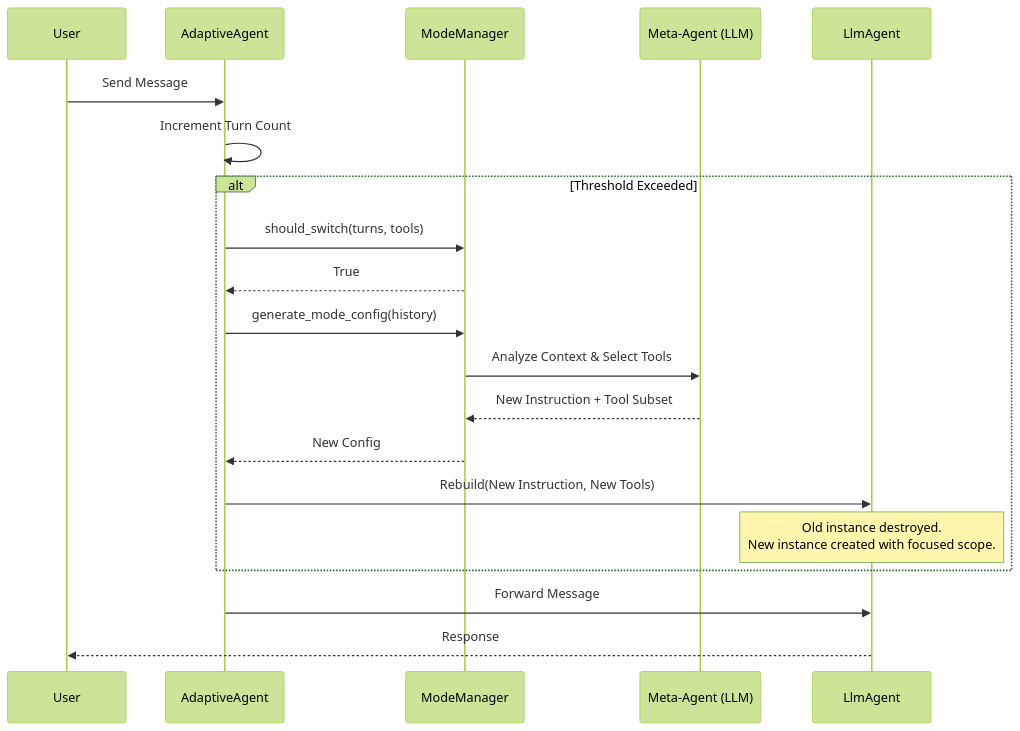
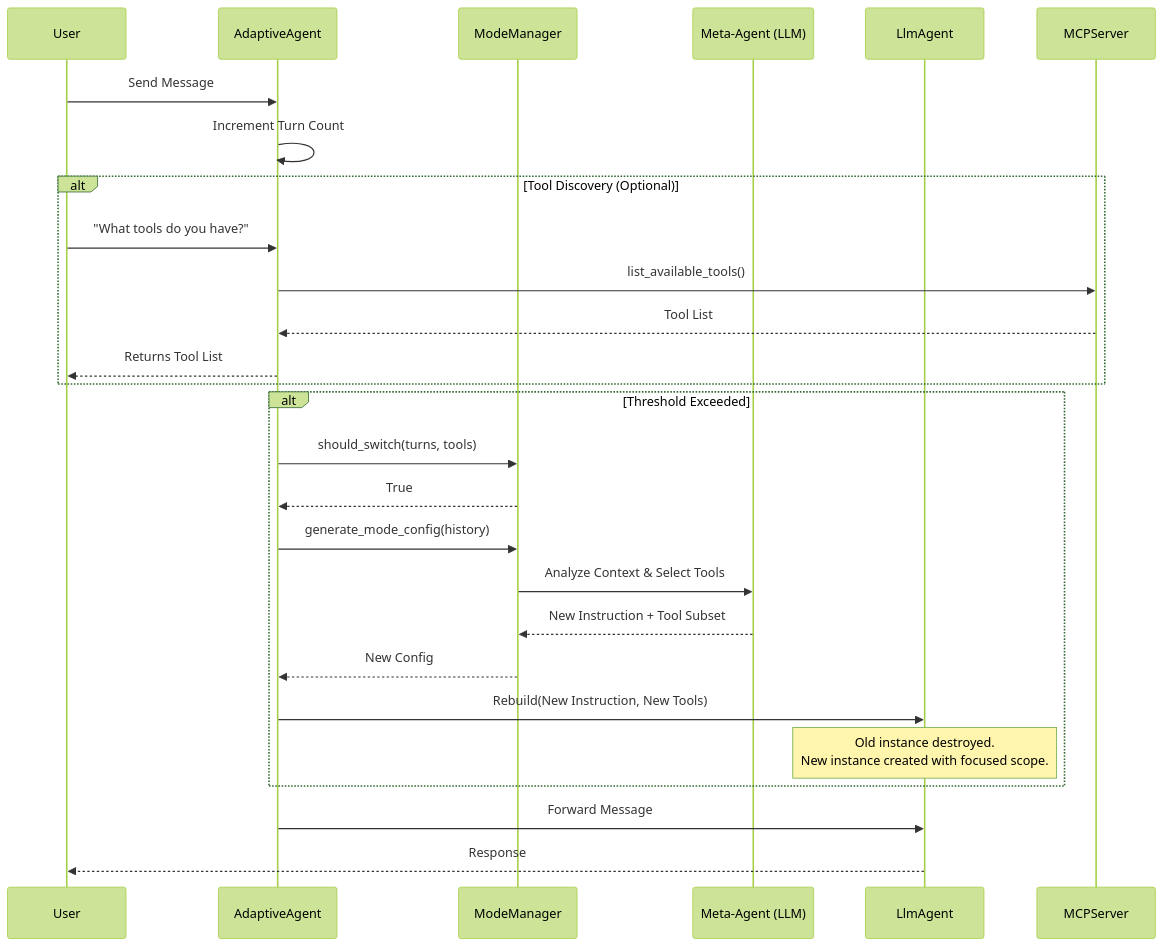
Before and after one commit to teeppp/Decentralized-Agent-Kit: the first of 2 diagrams in docs/dynamic_mode_switching.md, drawn with Mermaid (forest theme). The commit also changed other lines of this file and 8 other files, not shown here.

First line of the commit message:
refactor(agent): move tool discovery to client-side implementation

````diff
--- a/docs/dynamic_mode_switching.md
+++ b/docs/dynamic_mode_switching.md
@@ -31,27 +33,35 @@
 ```mermaid
 sequenceDiagram
     participant User
     participant AdaptiveAgent
     participant ModeManager
     participant MetaLLM as Meta-Agent (LLM)
     participant InternalAgent as LlmAgent
+    participant MCPServer
 
     User->>AdaptiveAgent: Send Message
     AdaptiveAgent->>AdaptiveAgent: Increment Turn Count
     
+    alt Tool Discovery (Optional)
+        User->>AdaptiveAgent: "What tools do you have?"
+        AdaptiveAgent->>MCPServer: list_available_tools()
+        MCPServer-->>AdaptiveAgent: Tool List
+        AdaptiveAgent-->>User: Returns Tool List
+    end
+
     alt Threshold Exceeded
         AdaptiveAgent->>ModeManager: should_switch(turns, tools)
         ModeManager-->>AdaptiveAgent: True
         
         AdaptiveAgent->>ModeManager: generate_mode_config(history)
         ModeManager->>MetaLLM: Analyze Context & Select Tools
         MetaLLM-->>ModeManager: New Instruction + Tool Subset
         ModeManager-->>AdaptiveAgent: New Config
         
         AdaptiveAgent->>InternalAgent: Rebuild(New Instruction, New Tools)
         Note over InternalAgent: Old instance destroyed.<br/>New instance created with focused scope.
     end
     
     AdaptiveAgent->>InternalAgent: Forward Message
     InternalAgent-->>User: Response
 ```
````
